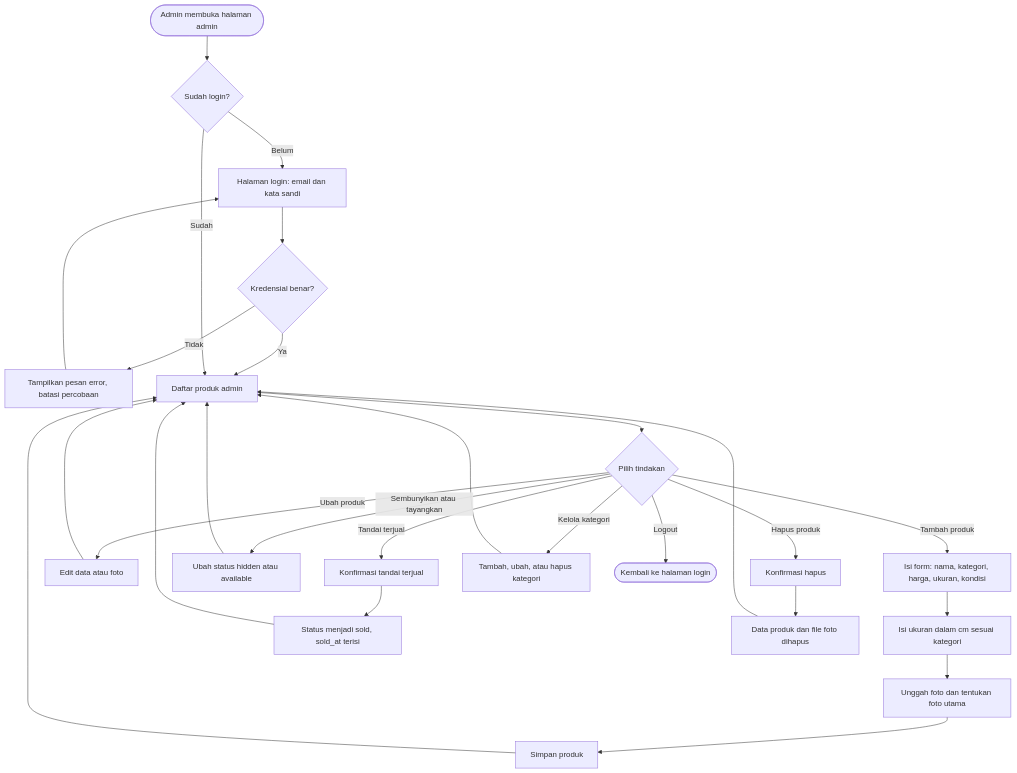
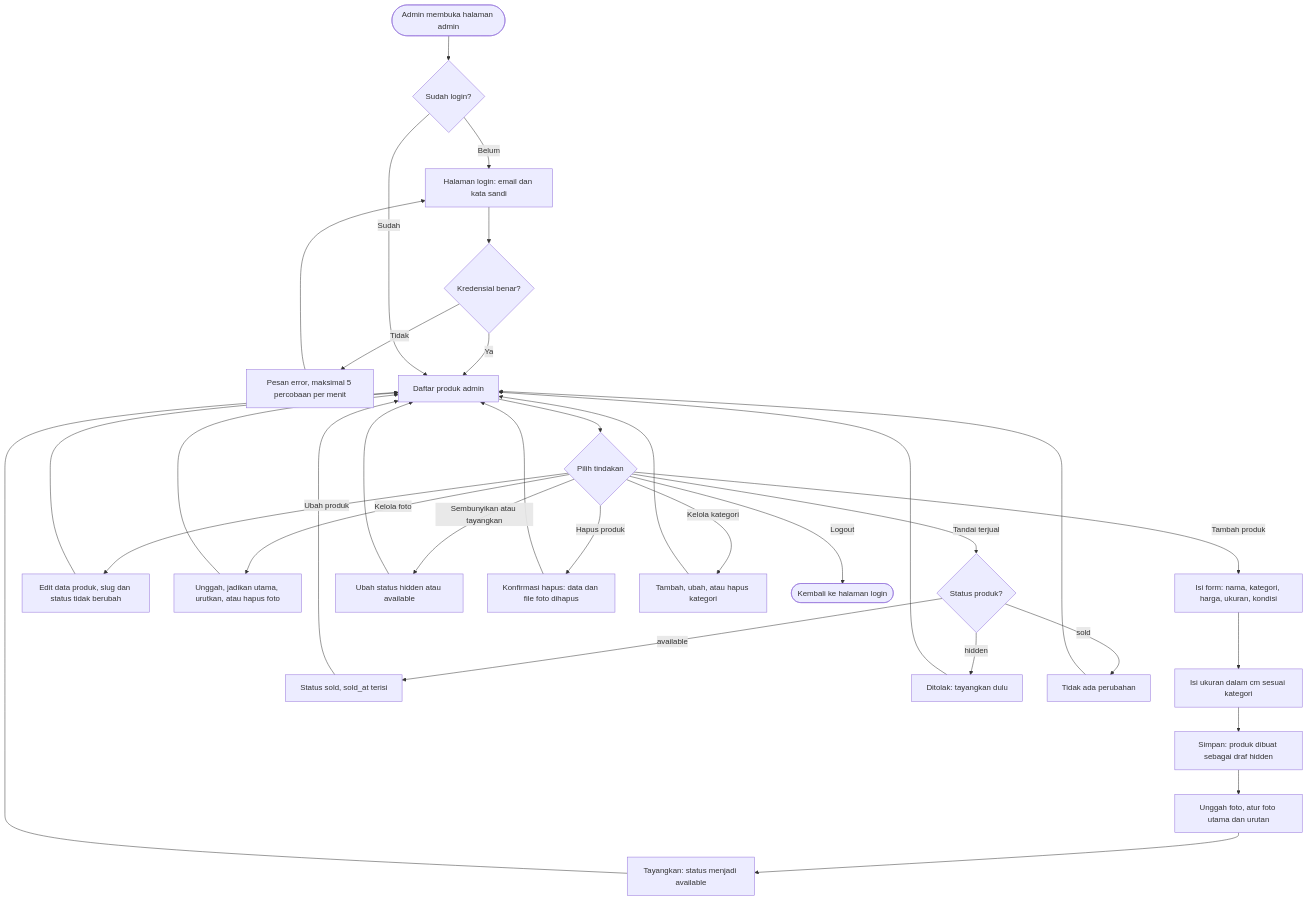
The second of 9 diagrams in docs/userflow.md (hilptra/pakelagi-api), drawn with Mermaid before and after one commit. The commit also changed other lines of this file and 2 other files, not shown here.

````diff
--- a/docs/userflow.md
+++ b/docs/userflow.md
@@ -45,36 +47,43 @@
 ```mermaid
 flowchart TD
     A(["Admin membuka halaman admin"]) --> B{"Sudah login?"}
     B -- "Belum" --> C["Halaman login: email dan kata sandi"]
     C --> D{"Kredensial benar?"}
-    D -- "Tidak" --> E["Tampilkan pesan error, batasi percobaan"]
+    D -- "Tidak" --> E["Pesan error, maksimal 5 percobaan per menit"]
     E --> C
     D -- "Ya" --> F["Daftar produk admin"]
     B -- "Sudah" --> F
     F --> G{"Pilih tindakan"}
 
     G -- "Tambah produk" --> H["Isi form: nama, kategori, harga, ukuran, kondisi"]
     H --> I["Isi ukuran dalam cm sesuai kategori"]
-    I --> J["Unggah foto dan tentukan foto utama"]
-    J --> K["Simpan produk"]
-    K --> F
-
-    G -- "Ubah produk" --> L["Edit data atau foto"]
+    I --> J["Simpan: produk dibuat sebagai draf hidden"]
+    J --> K["Unggah foto, atur foto utama dan urutan"]
+    K --> L["Tayangkan: status menjadi available"]
     L --> F
 
-    G -- "Tandai terjual" --> M["Konfirmasi tandai terjual"]
-    M --> N["Status menjadi sold, sold_at terisi"]
+    G -- "Ubah produk" --> M["Edit data produk, slug dan status tidak berubah"]
+    M --> F
+
+    G -- "Kelola foto" --> N["Unggah, jadikan utama, urutkan, atau hapus foto"]
     N --> F
 
-    G -- "Sembunyikan atau tayangkan" --> O["Ubah status hidden atau available"]
-    O --> F
-
-    G -- "Hapus produk" --> P["Konfirmasi hapus"]
-    P --> Q["Data produk dan file foto dihapus"]
+    G -- "Tandai terjual" --> O{"Status produk?"}
+    O -- "available" --> P["Status sold, sold_at terisi"]
+    O -- "hidden" --> Q["Ditolak: tayangkan dulu"]
+    O -- "sold" --> R["Tidak ada perubahan"]
+    P --> F
     Q --> F
-
-    G -- "Kelola kategori" --> R["Tambah, ubah, atau hapus kategori"]
     R --> F
 
-    G -- "Logout" --> S(["Kembali ke halaman login"])
+    G -- "Sembunyikan atau tayangkan" --> S["Ubah status hidden atau available"]
+    S --> F
+
+    G -- "Hapus produk" --> T["Konfirmasi hapus: data dan file foto dihapus"]
+    T --> F
+
+    G -- "Kelola kategori" --> U["Tambah, ubah, atau hapus kategori"]
+    U --> F
+
+    G -- "Logout" --> V(["Kembali ke halaman login"])
 ```
````
